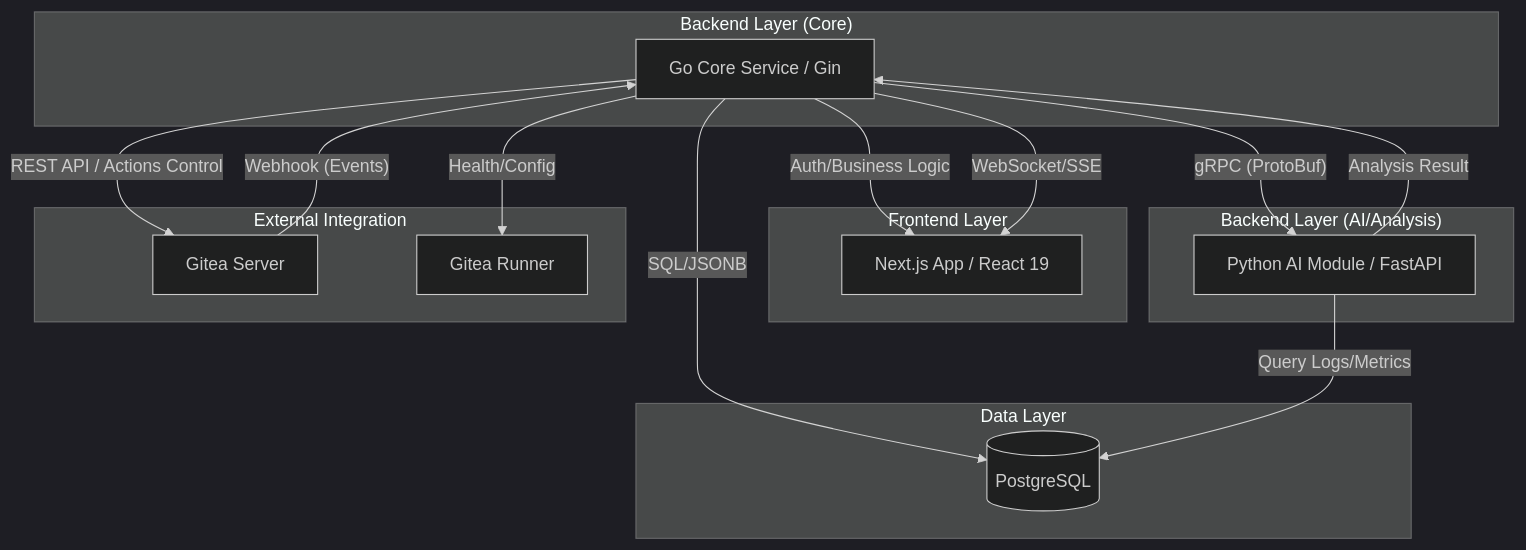
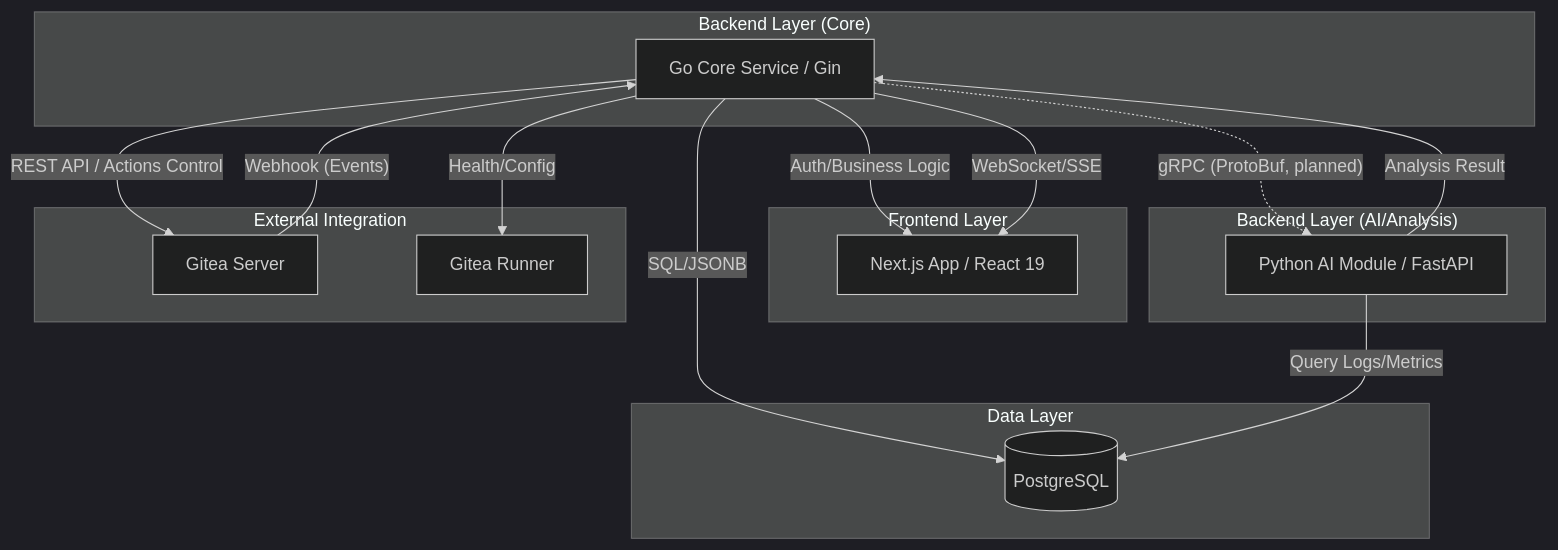
One commit to ykylee/Devhub_example changed the diagram in docs/architecture.md. Above: the diagram before and after it, drawn with Mermaid (dark theme). The commit also changed other lines of this file and 10 other files, not shown here.

Commit message:
docs: align workflow and architecture docs

````diff
--- a/docs/architecture.md
+++ b/docs/architecture.md
@@ -12,32 +12,32 @@
 ```mermaid
 graph TD
     subgraph "Frontend Layer"
         NextJS[Next.js App / React 19]
     end
 
     subgraph "Backend Layer (Core)"
         GoCore[Go Core Service / Gin]
         GoCore -- "Auth/Business Logic" --> NextJS
         GoCore -- "WebSocket/SSE" --> NextJS
     end
 
     subgraph "Backend Layer (AI/Analysis)"
         PyAI[Python AI Module / FastAPI]
-        GoCore -- "gRPC (ProtoBuf)" --> PyAI
+        GoCore -. "gRPC (ProtoBuf, planned)" .-> PyAI
         PyAI -- "Analysis Result" --> GoCore
     end
 
     subgraph "Data Layer"
         PG[(PostgreSQL)]
         GoCore -- "SQL/JSONB" --> PG
         PyAI -- "Query Logs/Metrics" --> PG
     end
 
     subgraph "External Integration"
         Gitea[Gitea Server]
         Gitea -- "Webhook (Events)" --> GoCore
         GoCore -- "REST API / Actions Control" --> Gitea
         GiteaRunner[Gitea Runner]
         GoCore -- "Health/Config" --> GiteaRunner
     end
 ```
````
